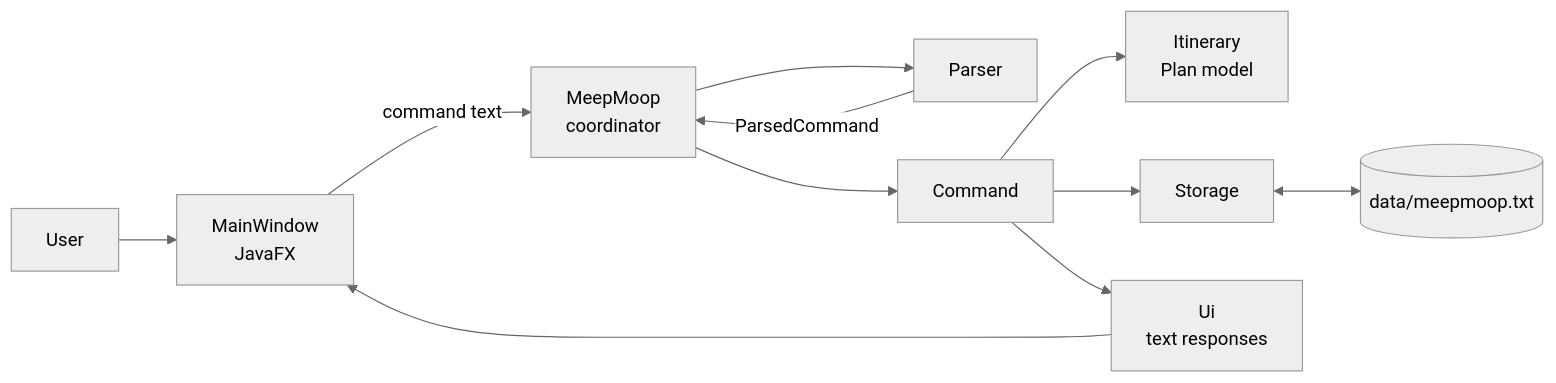
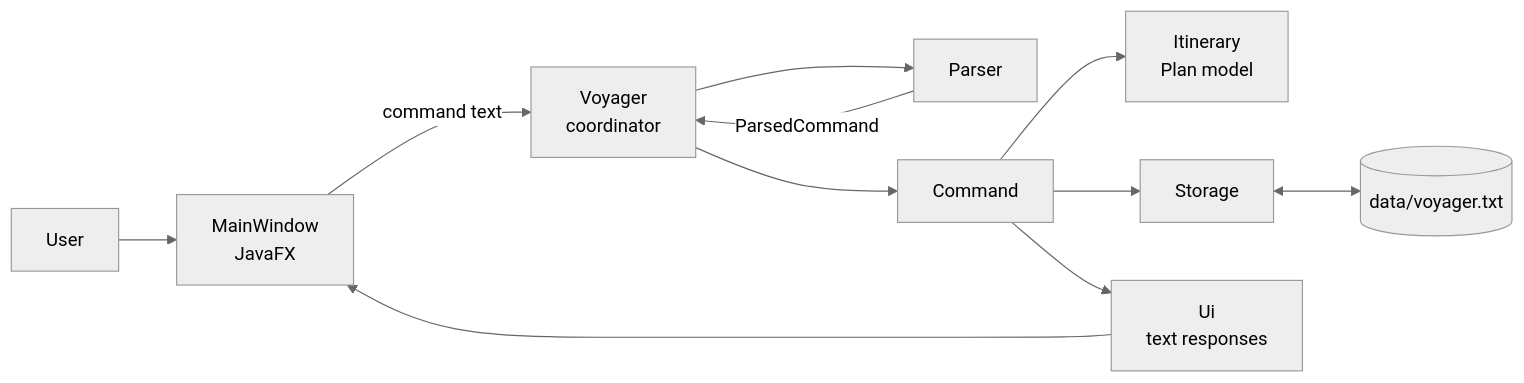
The first of 2 diagrams in docs/DeveloperGuide.md (p-xp/CS3227-2610-MP1), drawn with Mermaid (neutral theme) before and after one commit. The commit also changed other lines of this file and 76 other files, not shown here.

````diff
--- a/docs/DeveloperGuide.md
+++ b/docs/DeveloperGuide.md
@@ -42,13 +42,13 @@
 ```mermaid
 flowchart LR
     U[User] --> W[MainWindow\nJavaFX]
-    W -->|command text| M[MeepMoop\ncoordinator]
+    W -->|command text| M[Voyager\ncoordinator]
     M --> P[Parser]
     P -->|ParsedCommand| M
     M --> C[Command]
     C --> I[Itinerary\nPlan model]
     C --> S[Storage]
     C --> UI[Ui\ntext responses]
     UI --> W
-    S <--> D[(data/meepmoop.txt)]
+    S <--> D[(data/voyager.txt)]
 ```
````
